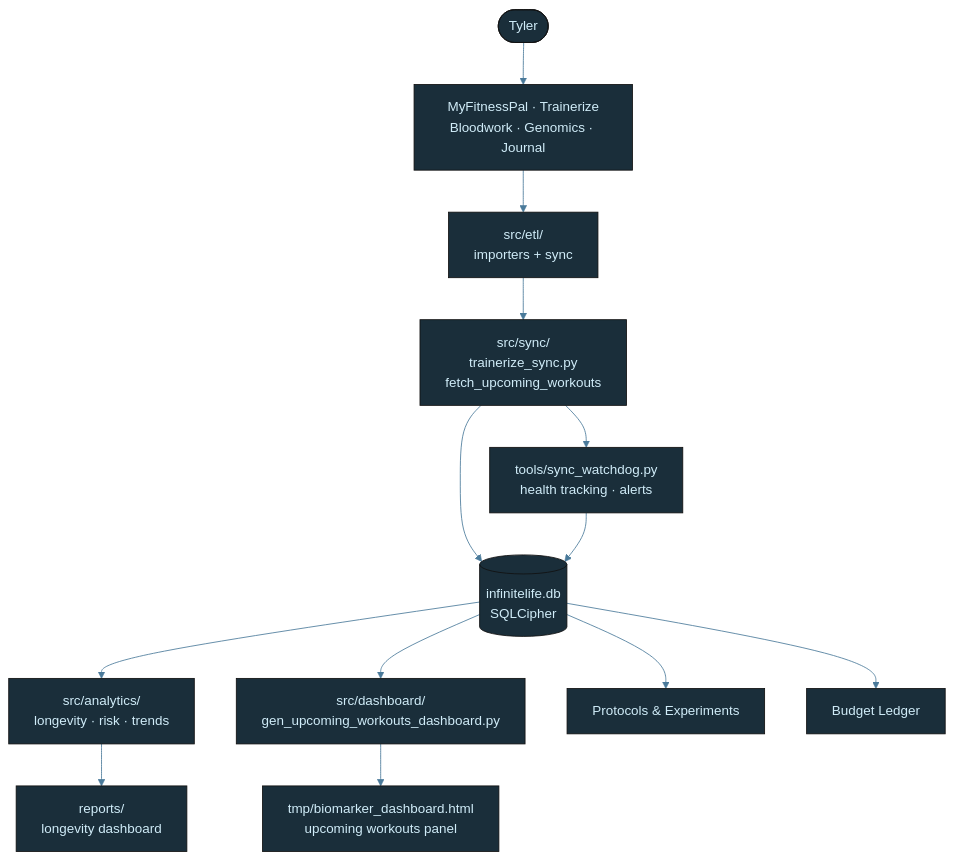
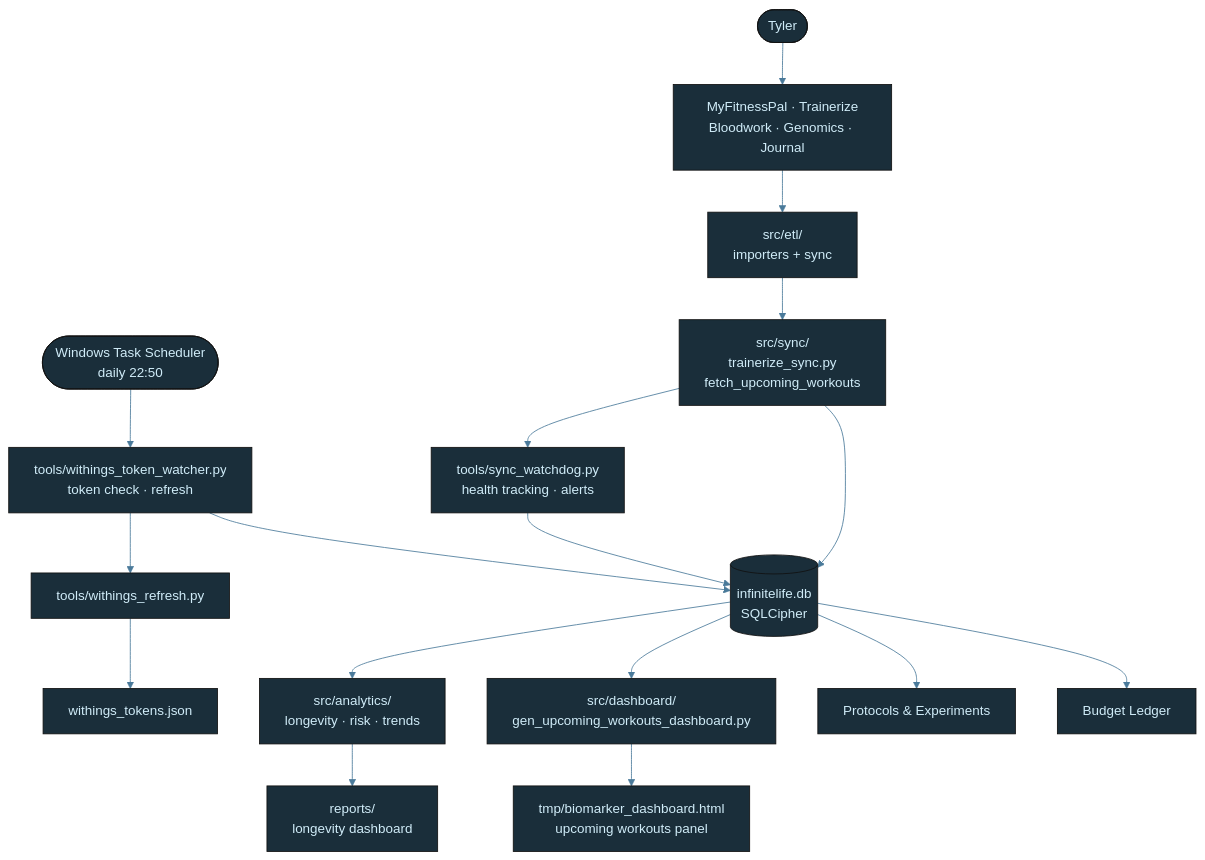
Before and after one commit to tylerdrakemusic/-Workspace: the diagram in diagrams/life-architecture.mmd, drawn with Mermaid. The commit also changed 2 other files, not shown here.

Commit message:
docs(diagrams): arch reviewer updates for withings-token-auto-refresh + todo-priority-auto-rescorer
- life-architecture.mmd: add WithingsWatcher + WithingsRefresh + Scheduler nodes (FR-20260524-withings-token-auto-refresh)
- life-db-schema.mmd: add TOKEN_REFRESH_LOG entity (FR-20260524-withings-token-auto-refresh)
- manifest-architecture.mmd: add RescorerTool + PriorityScorer + RescorerLog nodes (FR-20260524-todo-priority-auto-rescorer)

```diff
--- a/diagrams/life-architecture.mmd
+++ b/diagrams/life-architecture.mmd
@@ -1,26 +1,30 @@
 %%{init: {'theme': 'base', 'themeVariables': {'primaryColor': '#1a2e3a', 'primaryTextColor': '#d0ecf8', 'edgeLabelBackground': '#0f1318', 'lineColor': '#4a7a9a'}}}%%
 graph TB
     Tyler([Tyler]) --> Inputs[MyFitnessPal · Trainerize<br/>Bloodwork · Genomics · Journal]
     Inputs --> ETL[src/etl/<br/>importers + sync]
     ETL --> Sync[src/sync/<br/>trainerize_sync.py<br/>fetch_upcoming_workouts]
     Sync --> DB[(infinitelife.db<br/>SQLCipher)]
     Sync --> Watchdog[tools/sync_watchdog.py<br/>health tracking · alerts]
     Watchdog --> DB
+    Scheduler([Windows Task Scheduler<br/>daily 22:50]) --> WithingsWatcher
+    WithingsWatcher[tools/withings_token_watcher.py<br/>token check · refresh] --> WithingsRefresh[tools/withings_refresh.py]
+    WithingsWatcher --> DB
+    WithingsRefresh --> TokenFile[withings_tokens.json]
     DB --> Analytics[src/analytics/<br/>longevity · risk · trends]
     Analytics --> Reports[reports/<br/>longevity dashboard]
     DB --> Dashboard[src/dashboard/<br/>gen_upcoming_workouts_dashboard.py]
     Dashboard --> Output[tmp/biomarker_dashboard.html<br/>upcoming workouts panel]
     DB --> Protocols[Protocols & Experiments]
     DB --> Budget[Budget Ledger]
-    class Inputs,Reports io
-    class ETL,DB,Analytics,Protocols,Budget,Watchdog core
+    class Inputs,Reports,Scheduler,TokenFile io
+    class ETL,DB,Analytics,Protocols,Budget,Watchdog,WithingsWatcher,WithingsRefresh core
 
 classDef life     fill:#1a2e3a,stroke:#6ab4d4,color:#d0ecf8
 classDef music    fill:#3a1a24,stroke:#d47a8f,color:#f8d0dc
 classDef quantum  fill:#251a3a,stroke:#a07adf,color:#e8d0f8
 classDef manifest fill:#3a2e1a,stroke:#d4a96a,color:#f8ead0
 classDef ws       fill:#1a3a30,stroke:#6ad4b4,color:#d0f8ee
 classDef tyler    fill:#2a1a3a,stroke:#9e4aff,color:#fff
 classDef ext      fill:#3a2020,stroke:#ff7a7a,color:#ffd0d0
 classDef db       fill:#3a3010,stroke:#d4c050,color:#f8f0c0
 classDef state    fill:#1a1a1a,stroke:#888888,color:#cccccc
```
